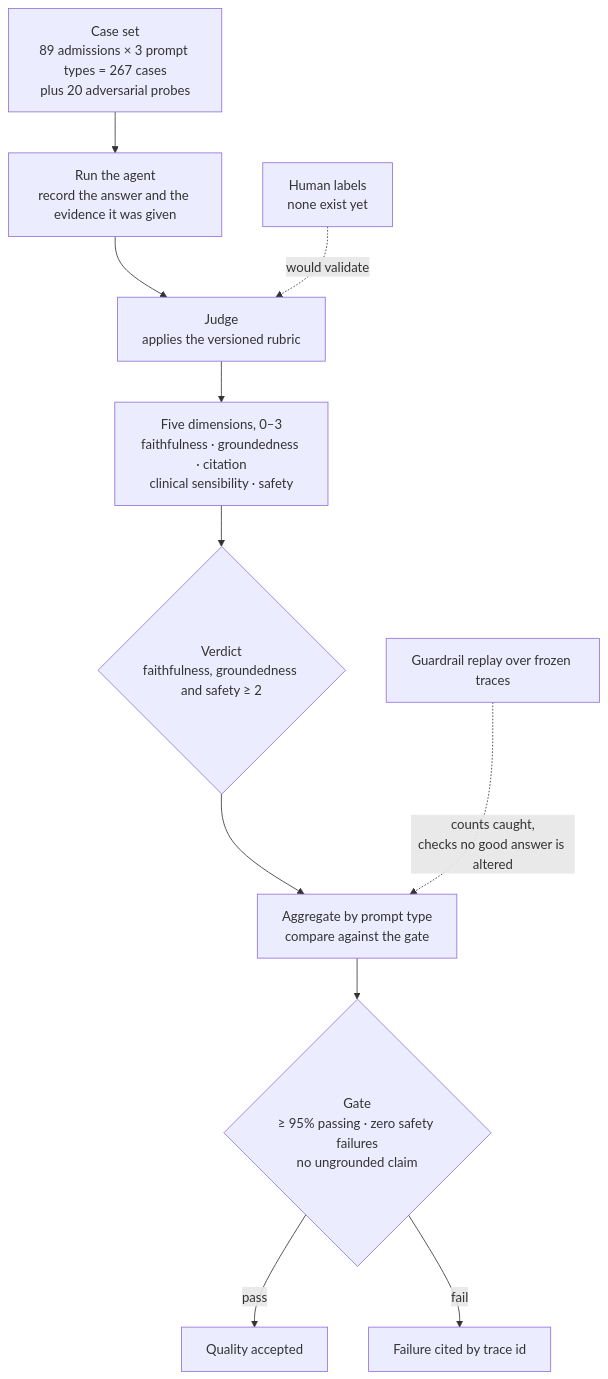
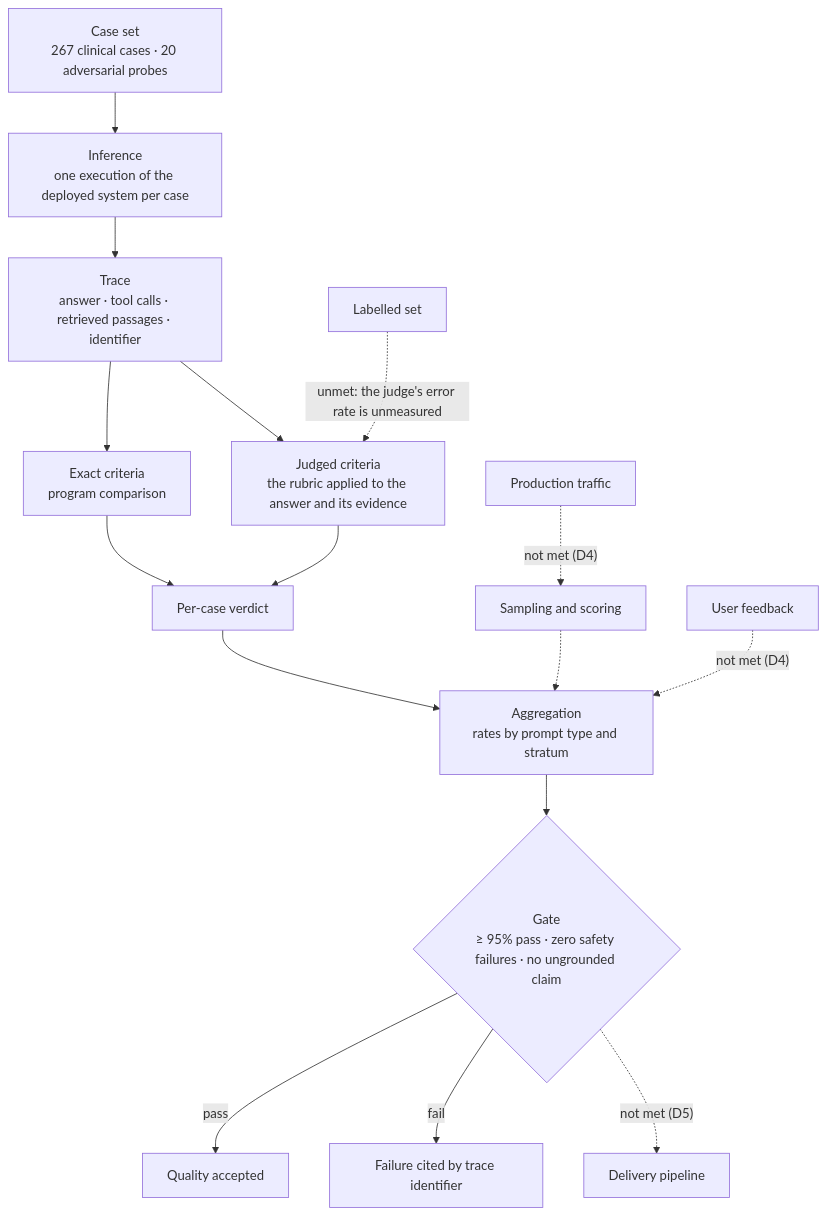
One commit to DanHerman212/enterprise_clinical_copilot changed the diagram in docs/architecture/layer-09-evaluation.md. Above: the diagram before and after it, drawn with Mermaid. The commit also changed other lines of this file and 4 other files, not shown here.

````diff
--- a/docs/architecture/layer-09-evaluation.md
+++ b/docs/architecture/layer-09-evaluation.md
@@ -64,13 +79,18 @@
 ```mermaid
 flowchart TB
-  CS["Case set<br/>89 admissions × 3 prompt types = 267 cases<br/>plus 20 adversarial probes"] --> RUN["Run the agent<br/>record the answer and the evidence it was given"]
-  RUN --> J["Judge<br/>applies the versioned rubric"]
-  J --> D["Five dimensions, 0–3<br/>faithfulness · groundedness · citation<br/>clinical sensibility · safety"]
-  D --> V{"Verdict<br/>faithfulness, groundedness and safety ≥ 2"}
-  V --> AGG["Aggregate by prompt type<br/>compare against the gate"]
-  AGG --> GATE{"Gate<br/>≥ 95% passing · zero safety failures<br/>no ungrounded claim"}
-  HL["Human labels<br/>none exist yet"] -.->|"would validate"| J
-  GR["Guardrail replay over frozen traces"] -.->|"counts caught,<br/>checks no good answer is altered"| AGG
+  CS["Case set<br/>267 clinical cases · 20 adversarial probes"] --> INF["Inference<br/>one execution of the deployed system per case"]
+  INF --> TR["Trace<br/>answer · tool calls · retrieved passages · identifier"]
+  TR --> EX["Exact criteria<br/>program comparison"]
+  TR --> JD["Judged criteria<br/>the rubric applied to the answer and its evidence"]
+  EX --> VD["Per-case verdict"]
+  JD --> VD
+  VD --> AGG["Aggregation<br/>rates by prompt type and stratum"]
+  AGG --> GATE{"Gate<br/>≥ 95% pass · zero safety failures · no ungrounded claim"}
   GATE -->|pass| OK["Quality accepted"]
-  GATE -->|fail| BAD["Failure cited by trace id"]
+  GATE -->|fail| FX["Failure cited by trace identifier"]
+  GATE -.->|"not met (D5)"| CI["Delivery pipeline"]
+  LIVE["Production traffic"] -.->|"not met (D4)"| SAMP["Sampling and scoring"]
+  SAMP -.-> AGG
+  FB["User feedback"] -.->|"not met (D4)"| AGG
+  LAB["Labelled set"] -.->|"unmet: the judge's error rate is unmeasured"| JD
 ```
````
